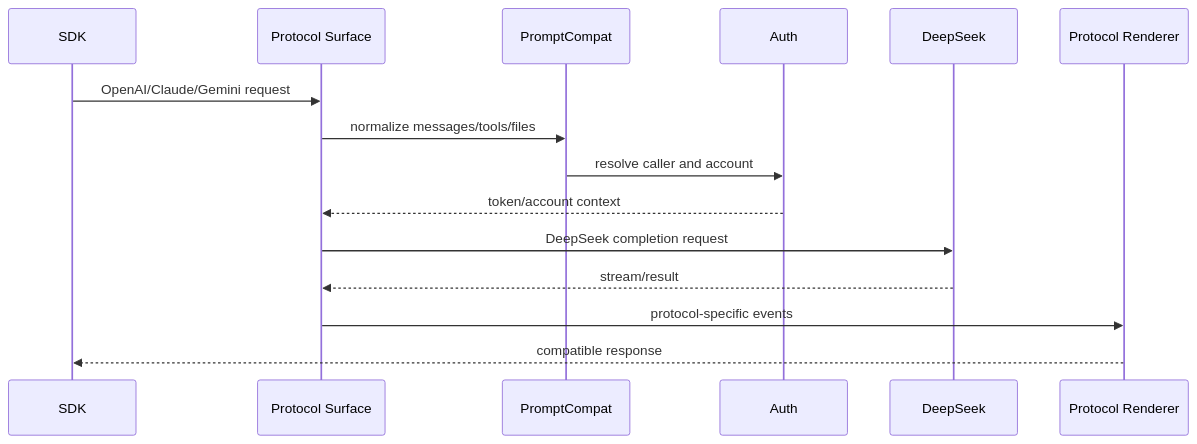
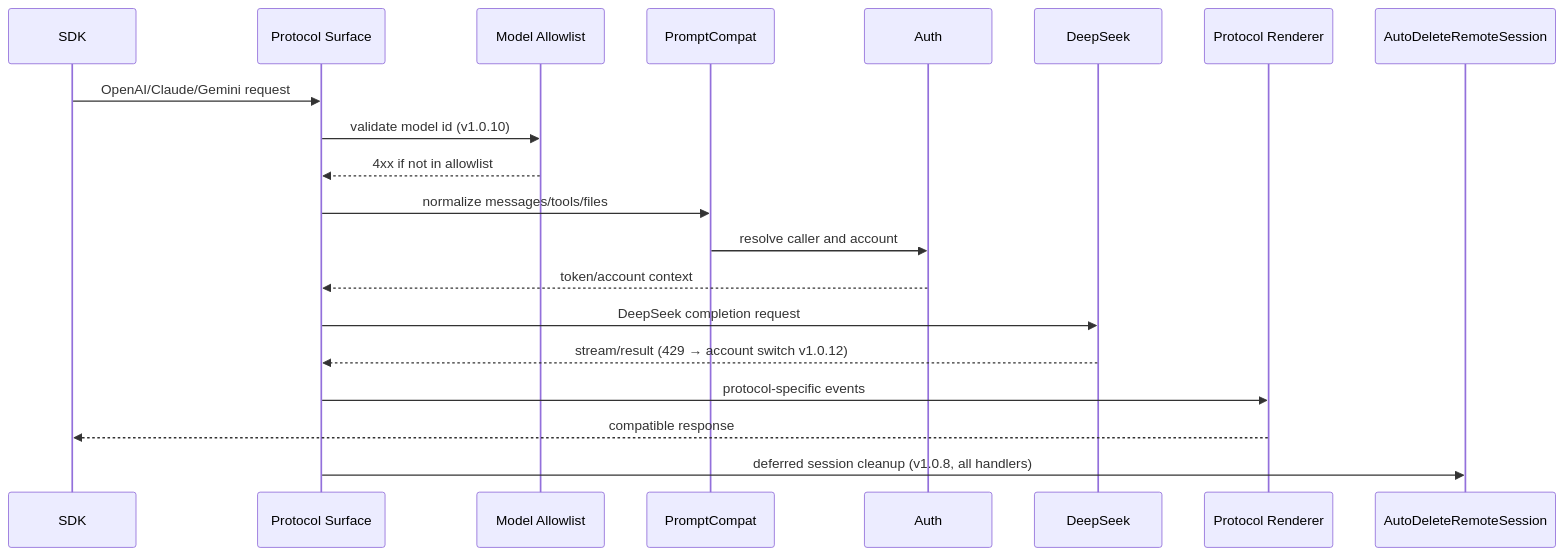
The second of 2 diagrams in docs/API Compatibility System/API Compatibility System.md (marklove5102/DeepSeek_Web_To_API), drawn with Mermaid before and after one commit. The commit also changed other lines of this file and 17 other files, not shown here.

````diff
--- a/docs/API Compatibility System/API Compatibility System.md
+++ b/docs/API Compatibility System/API Compatibility System.md
@@ -86,17 +109,22 @@
 ```mermaid
 sequenceDiagram
 participant SDK as SDK
 participant Surface as Protocol Surface
+participant Allowlist as Model Allowlist
 participant Compat as PromptCompat
 participant Auth as Auth
 participant DS as DeepSeek
 participant Render as Protocol Renderer
+participant AutoDel as AutoDeleteRemoteSession
 SDK->>Surface: OpenAI/Claude/Gemini request
+Surface->>Allowlist: validate model id (v1.0.10)
+Allowlist-->>Surface: 4xx if not in allowlist
 Surface->>Compat: normalize messages/tools/files
 Compat->>Auth: resolve caller and account
 Auth-->>Surface: token/account context
 Surface->>DS: DeepSeek completion request
-DS-->>Surface: stream/result
+DS-->>Surface: stream/result (429 → account switch v1.0.12)
 Surface->>Render: protocol-specific events
 Render-->>SDK: compatible response
+Surface->>AutoDel: deferred session cleanup (v1.0.8, all handlers)
 ```
````
